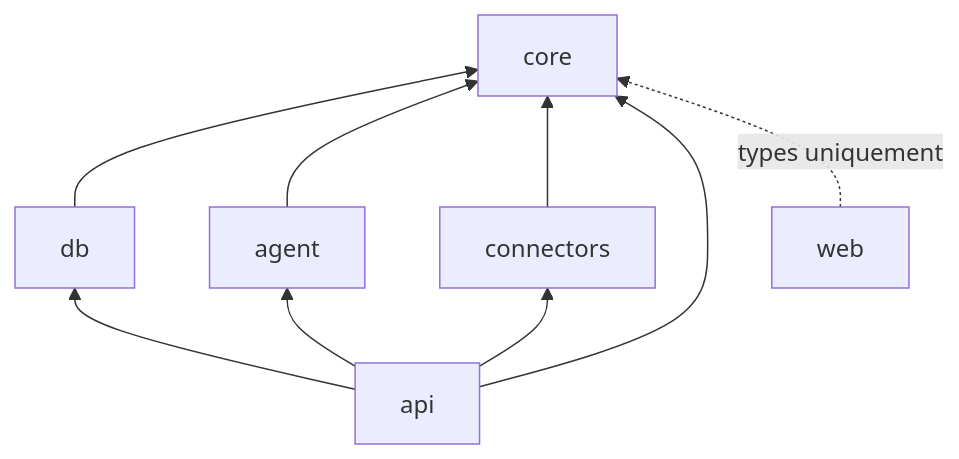
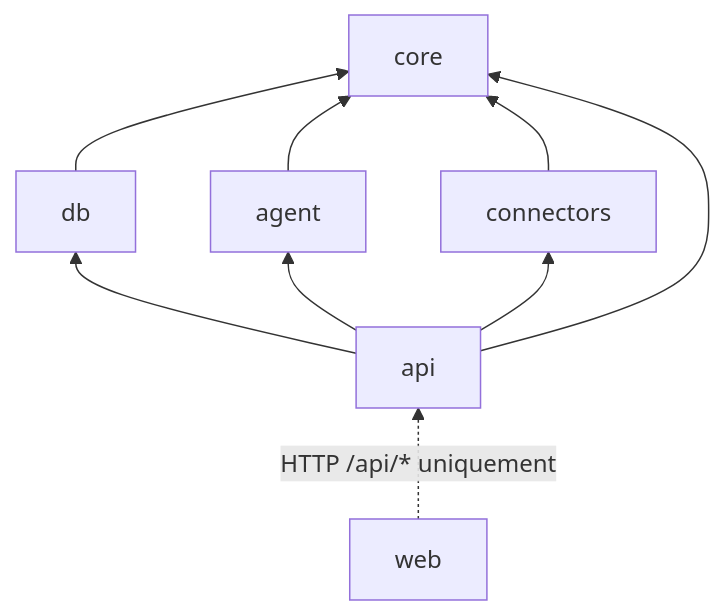
The second of 3 diagrams in docs/ARCHITECTURE.md (OrizonLab/mimorya), drawn with Mermaid before and after one commit. The commit also changed other lines of this file and 194 other files, not shown here.

````diff
--- a/docs/ARCHITECTURE.md
+++ b/docs/ARCHITECTURE.md
@@ -75,9 +77,9 @@
 ```mermaid
 flowchart BT
   core
   db --> core
   agent --> core
   connectors --> core
   api --> db & agent & connectors & core
-  web -. types uniquement .-> core
+  web -. HTTP /api/* uniquement .-> api
 ```
````
